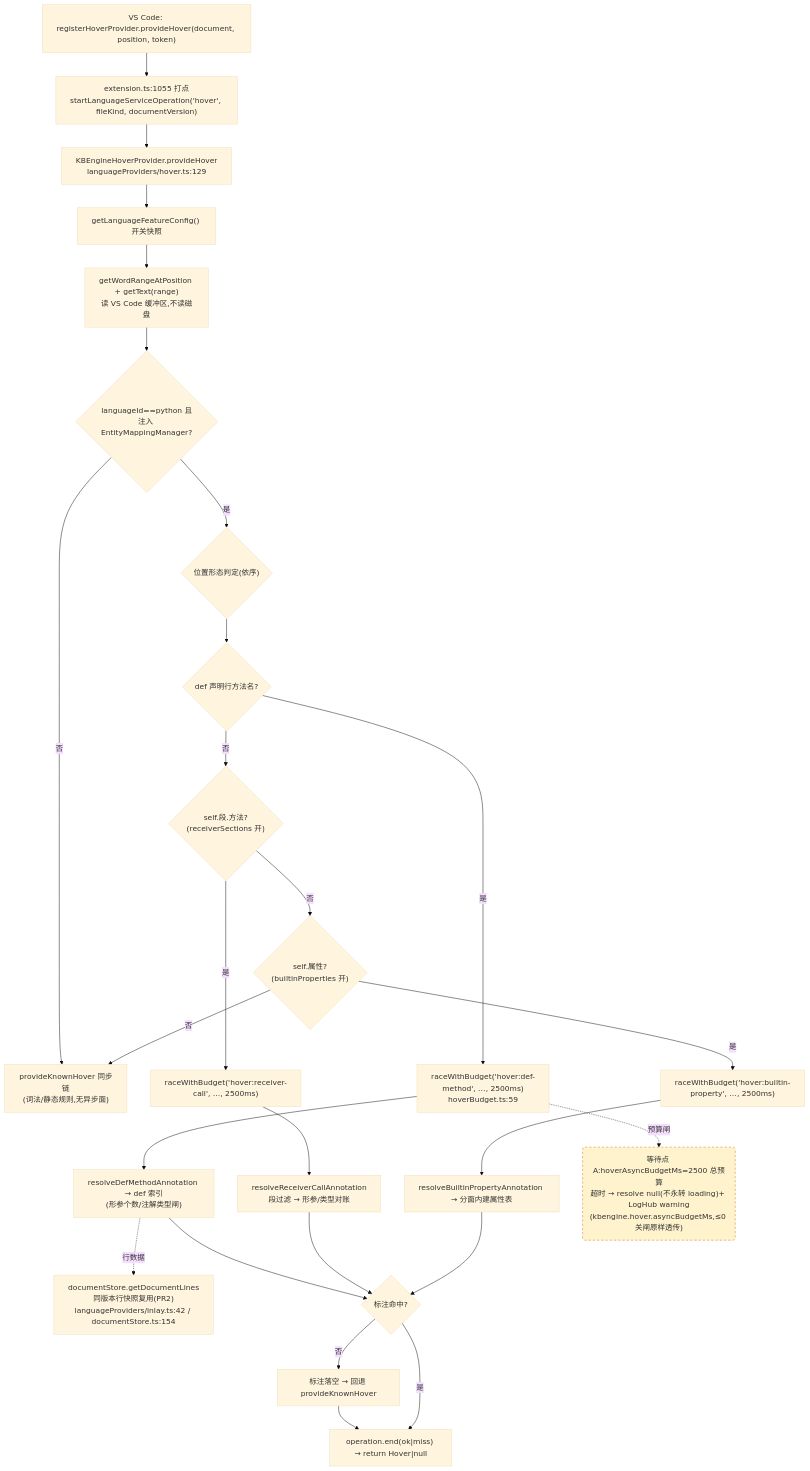
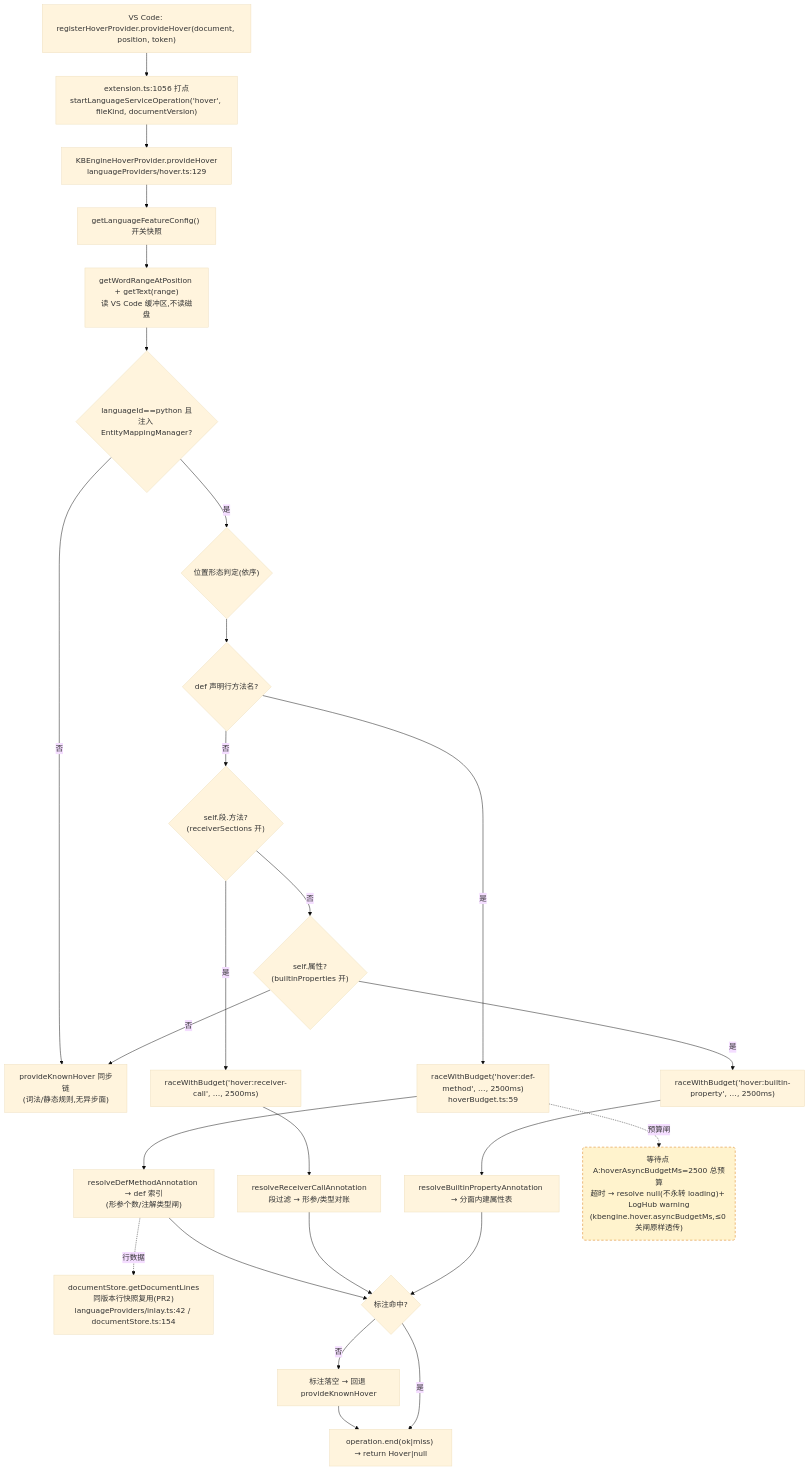
One commit to cuihairu/kode changed the first of 4 diagrams in docs/perf/2026-baseline.md. Above: the diagram before and after it, drawn with Mermaid (base theme). The commit also changed other lines of this file and 16 other files, not shown here.

````diff
--- a/docs/perf/2026-baseline.md
+++ b/docs/perf/2026-baseline.md
@@ -82,45 +82,45 @@
 ```mermaid
 flowchart TD
   VC1["VS Code: registerHoverProvider.provideHover(document, position, token)"]
-  M1["extension.ts:1055 打点<br/>startLanguageServiceOperation('hover', fileKind, documentVersion)"]
+  M1["extension.ts:1056 打点<br/>startLanguageServiceOperation('hover', fileKind, documentVersion)"]
   HP["KBEngineHoverProvider.provideHover<br/>languageProviders/hover.ts:129"]
   CFG["getLanguageFeatureConfig() 开关快照"]
   WORD["getWordRangeAtPosition + getText(range)<br/>读 VS Code 缓冲区,不读磁盘"]
   BR{"languageId==python 且<br/>注入 EntityMappingManager?"}
   KN["provideKnownHover 同步链<br/>(词法/静态规则,无异步面)"]
   POS{"位置形态判定(依序)"}
   D1{"def 声明行方法名?"}
   D2{"self.段.方法?<br/>(receiverSections 开)"}
   D3{"self.属性?<br/>(builtinProperties 开)"}
   RA1["raceWithBudget('hover:def-method', …, 2500ms)<br/>hoverBudget.ts:59"]
   RA2["raceWithBudget('hover:receiver-call', …, 2500ms)"]
   RA3["raceWithBudget('hover:builtin-property', …, 2500ms)"]
   RS1["resolveDefMethodAnnotation → def 索引<br/>(形参个数/注解类型闸)"]
   RS2["resolveReceiverCallAnnotation<br/>段过滤 → 形参/类型对账"]
   RS3["resolveBuiltinPropertyAnnotation → 分面内建属性表"]
   LINES["documentStore.getDocumentLines<br/>同版本行快照复用(PR2)<br/>languageProviders/inlay.ts:42 / documentStore.ts:154"]
   MISS["标注落空 → 回退 provideKnownHover"]
   END1["operation.end(ok|miss) → return Hover|null"]
 
   VC1 --> M1 --> HP --> CFG --> WORD --> BR
   BR -- "否" --> KN
   BR -- "是" --> POS --> D1
   D1 -- "是" --> RA1 --> RS1
   D1 -- "否" --> D2
   D2 -- "是" --> RA2 --> RS2
   D2 -- "否" --> D3
   D3 -- "是" --> RA3 --> RS3
   D3 -- "否" --> KN
   RS1 --> HIT{"标注命中?"}
   RS2 --> HIT
   RS3 --> HIT
   RS1 -.->|行数据| LINES
   HIT -- "否" --> MISS --> END1
   HIT -- "是" --> END1
 
   WAITA("等待点 A:hoverAsyncBudgetMs=2500 总预算<br/>超时 → resolve null(不永转 loading)+ LogHub warning<br/>(kbengine.hover.asyncBudgetMs,≤0 关闸原样透传)")
   RA1 -.->|预算闸| WAITA
 
   classDef waitPoint fill:#fff3cd,stroke:#d97706,stroke-dasharray:5 4;
   class WAITA waitPoint;
 ```
````
